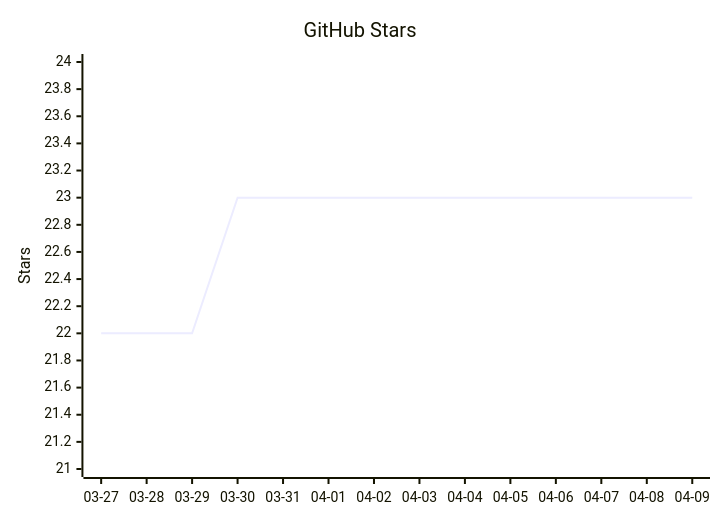
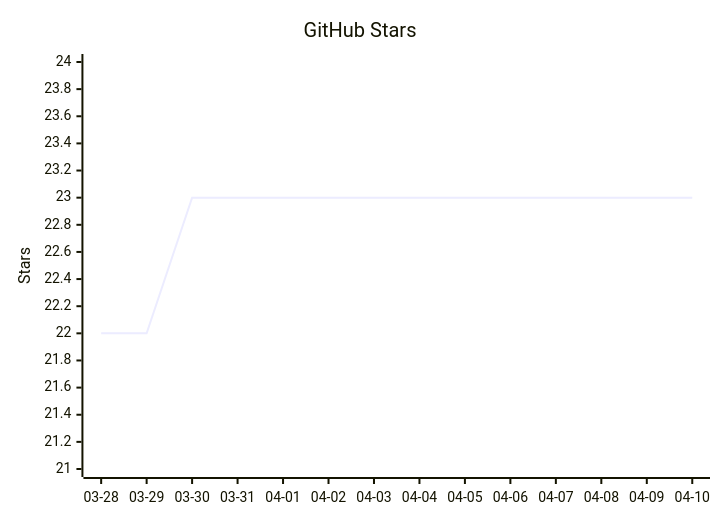
Before and after one commit to vectie/moonclaw: the diagram in README.mbt.md, drawn with Mermaid. The commit also changed other lines of this file and 1 other file, not shown here.

Commit message:
Update README star growth

````diff
--- a/README.mbt.md
+++ b/README.mbt.md
@@ -448,7 +448,7 @@
 ```mermaid
 xychart-beta
     title "GitHub Stars"
-    x-axis ["03-27","03-28","03-29","03-30","03-31","04-01","04-02","04-03","04-04","04-05","04-06","04-07","04-08","04-09"]
+    x-axis ["03-28","03-29","03-30","03-31","04-01","04-02","04-03","04-04","04-05","04-06","04-07","04-08","04-09","04-10"]
     y-axis "Stars" 21 --> 24
-    line [22,22,22,23,23,23,23,23,23,23,23,23,23,23]
+    line [22,22,23,23,23,23,23,23,23,23,23,23,23,23]
 ```
````
